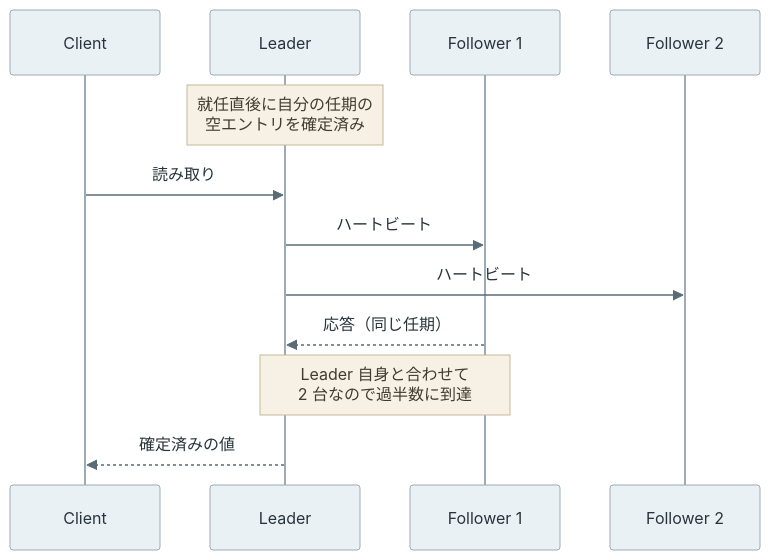
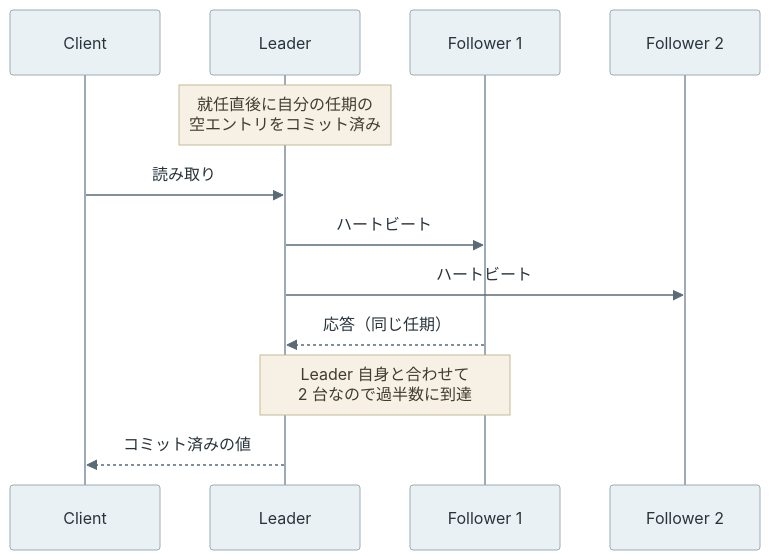
Before and after one commit to nao1215/debimate: the seventh of 7 diagrams in content/notes/distributed-systems/leader-and-followers/index.md, drawn with Mermaid. The commit also changed other lines of this file and 27 other files, not shown here.

````diff
--- a/content/notes/distributed-systems/leader-and-followers/index.md
+++ b/content/notes/distributed-systems/leader-and-followers/index.md
@@ -345,15 +345,15 @@
 ```mermaid
 %%{init: {"theme":"base","themeVariables":{"primaryColor":"#eaf1f5","primaryTextColor":"#28343b","primaryBorderColor":"#9cabb5","lineColor":"#596b76","textColor":"#28343b","actorBkg":"#eaf1f5","actorBorder":"#9cabb5","actorTextColor":"#28343b","actorLineColor":"#9cabb5","signalColor":"#596b76","signalTextColor":"#28343b","noteBkgColor":"#f7f1e5","noteBorderColor":"#c5b99b","noteTextColor":"#403c32","activationBkgColor":"#edf3ef","activationBorderColor":"#9aafa1"}}}%%
 sequenceDiagram
     participant C as Client
     participant L as Leader
     participant F1 as Follower 1
     participant F2 as Follower 2
-    Note over L: 就任直後に自分の任期の<br/>空エントリを確定済み
+    Note over L: 就任直後に自分の任期の<br/>空エントリをコミット済み
     C->>L: 読み取り
     L->>F1: ハートビート
     L->>F2: ハートビート
     F1-->>L: 応答（同じ任期）
     Note over L,F1: Leader 自身と合わせて<br/>2 台なので過半数に到達
-    L-->>C: 確定済みの値
+    L-->>C: コミット済みの値
 ```
````
